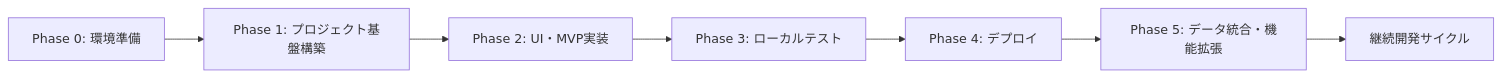
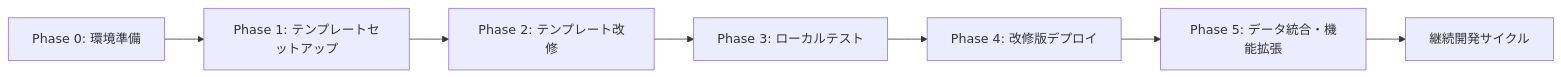
One commit to PLUG365/DecisionFlow changed the first of 7 diagrams in README.md. Above: the diagram before and after it, drawn with Mermaid. The commit also changed other lines of this file and 7 other files, not shown here.

````diff
--- a/README.md
+++ b/README.md
@@ -105,9 +105,9 @@
 ```mermaid
 graph LR
-    A[Phase 0: 環境準備] --> B[Phase 1: プロジェクト基盤構築]
-    B --> C[Phase 2: UI・MVP実装]
+    A[Phase 0: 環境準備] --> B[Phase 1: テンプレートセットアップ]
+    B --> C[Phase 2: テンプレート改修]
     C --> D[Phase 3: ローカルテスト]
-    D --> E[Phase 4: デプロイ]
+    D --> E[Phase 4: 改修版デプロイ]
     E --> F[Phase 5: データ統合・機能拡張]
     F --> G[継続開発サイクル]
 ```
````
